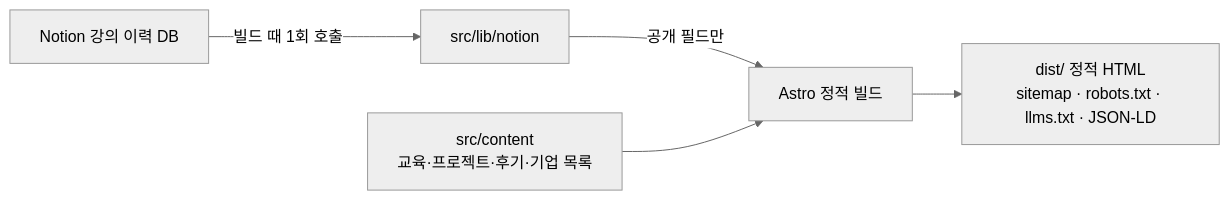
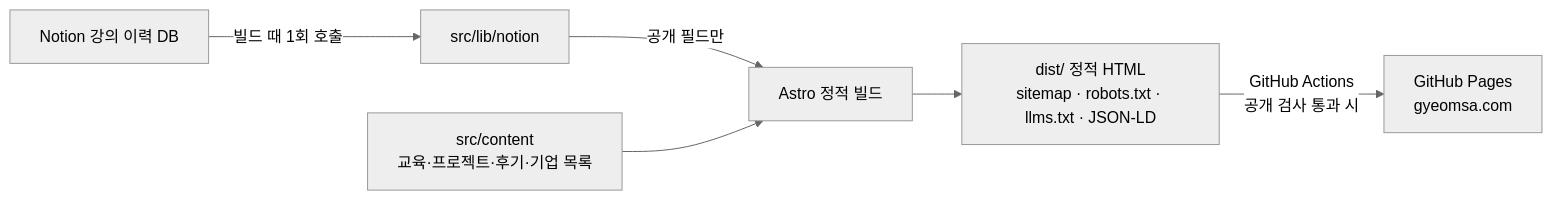
One commit to gyeom-yee/gyeomsa-web changed the diagram in README.md. Above: the diagram before and after it, drawn with Mermaid (neutral theme). The commit also changed other lines of this file and 4 other files, not shown here.

Commit message:
chore: GitHub Pages 배포 워크플로 추가

````diff
--- a/README.md
+++ b/README.md
@@ -13,7 +13,8 @@
 ```mermaid
 flowchart LR
   N[Notion 강의 이력 DB] -->|빌드 때 1회 호출| L[src/lib/notion]
   L -->|공개 필드만| A[Astro 정적 빌드]
   C[src/content<br/>교육·프로젝트·후기·기업 목록] --> A
   A --> D[dist/ 정적 HTML<br/>sitemap · robots.txt · llms.txt · JSON-LD]
+  D -->|GitHub Actions<br/>공개 검사 통과 시| P[GitHub Pages<br/>gyeomsa.com]
 ```
````
